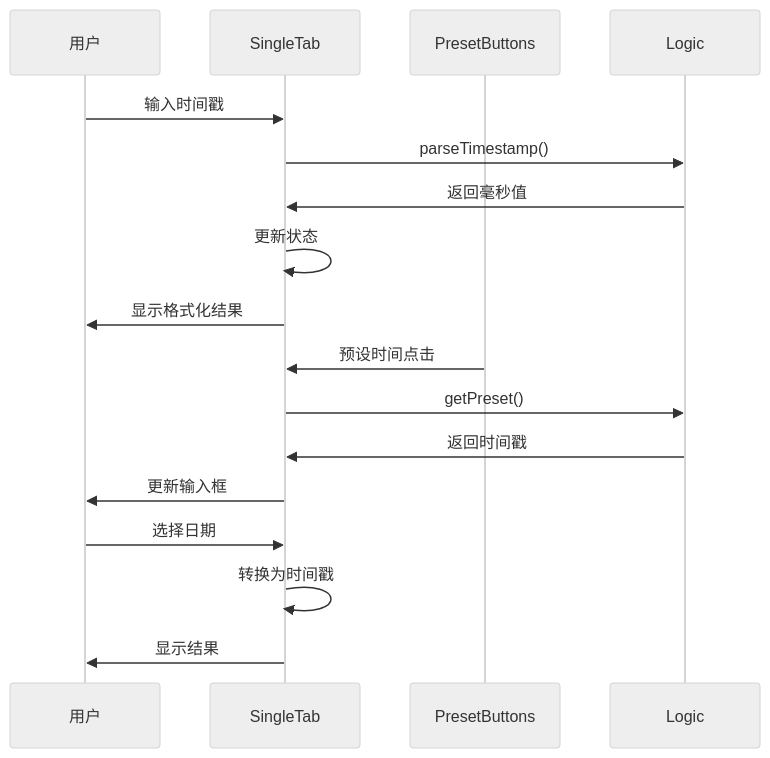
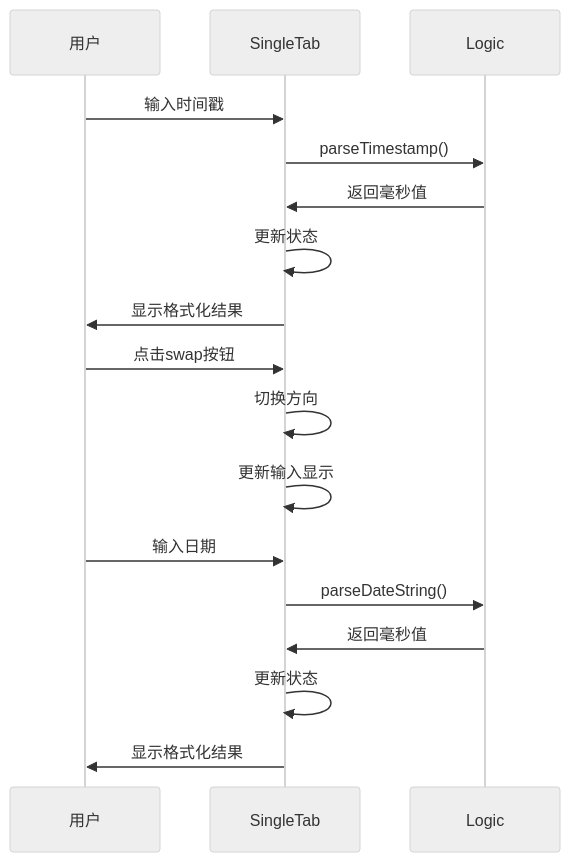
Before and after one commit to sgyy/privadeck: the seventh of 16 diagrams in .qoder/repowiki/zh/content/开发者工具/时间戳工具.md, drawn with Mermaid (neutral theme). The commit also changed other lines of this file and 3 other files, not shown here.

````diff
--- a/.qoder/repowiki/zh/content/开发者工具/时间戳工具.md
+++ b/.qoder/repowiki/zh/content/开发者工具/时间戳工具.md
@@ -314,19 +347,19 @@
 ```mermaid
 sequenceDiagram
 participant U as 用户
 participant ST as SingleTab
-participant PT as PresetButtons
 participant LT as Logic
 U->>ST : 输入时间戳
 ST->>LT : parseTimestamp()
 LT->>ST : 返回毫秒值
 ST->>ST : 更新状态
 ST->>U : 显示格式化结果
-PT->>ST : 预设时间点击
-ST->>LT : getPreset()
-LT->>ST : 返回时间戳
-ST->>U : 更新输入框
-U->>ST : 选择日期
-ST->>ST : 转换为时间戳
-ST->>U : 显示结果
+U->>ST : 点击swap按钮
+ST->>ST : 切换方向
+ST->>ST : 更新输入显示
+U->>ST : 输入日期
+ST->>LT : parseDateString()
+LT->>ST : 返回毫秒值
+ST->>ST : 更新状态
+ST->>U : 显示格式化结果
 ```
````
